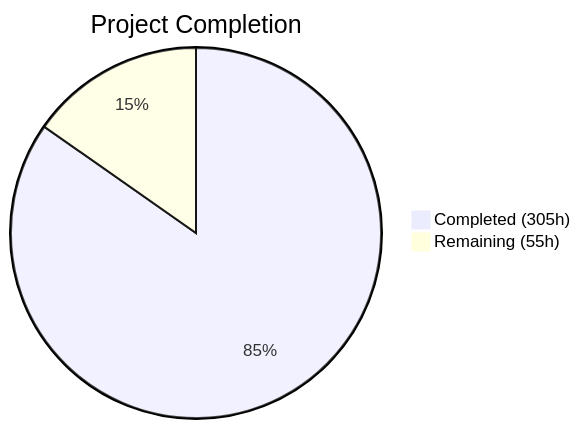
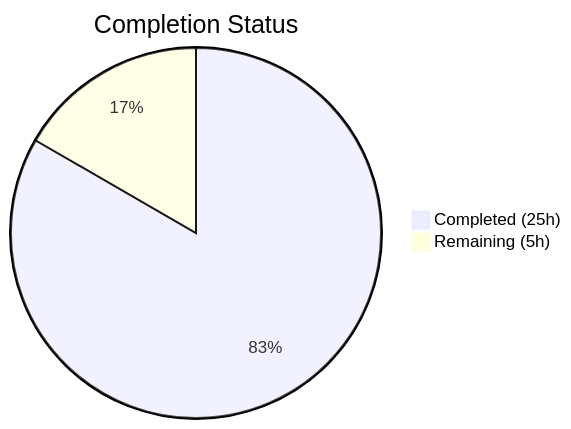
The first of 3 diagrams in blitzy/documentation/Project Guide.md (Blitzy-Sandbox/blitzy-cal), drawn with Mermaid before and after one commit. The commit also changed other lines of this file, not shown here.

Commit message:
Adding Blitzy Project Guide: Project Status and Human Tasks Remaining

````diff
--- a/blitzy/documentation/Project Guide.md
+++ b/blitzy/documentation/Project Guide.md
@@ -13,5 +13,5 @@
 ```mermaid
-pie title Project Completion
-    "Completed (305h)" : 305
-    "Remaining (55h)" : 55
+pie title Completion Status
+    "Completed (25h)" : 25
+    "Remaining (5h)" : 5
 ```
````
